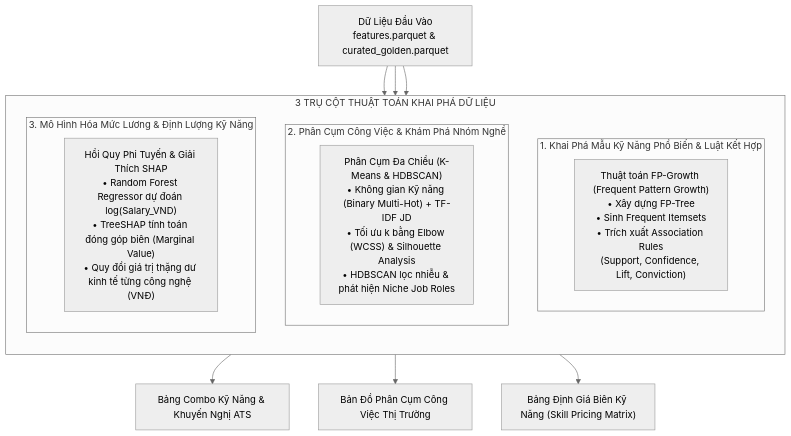
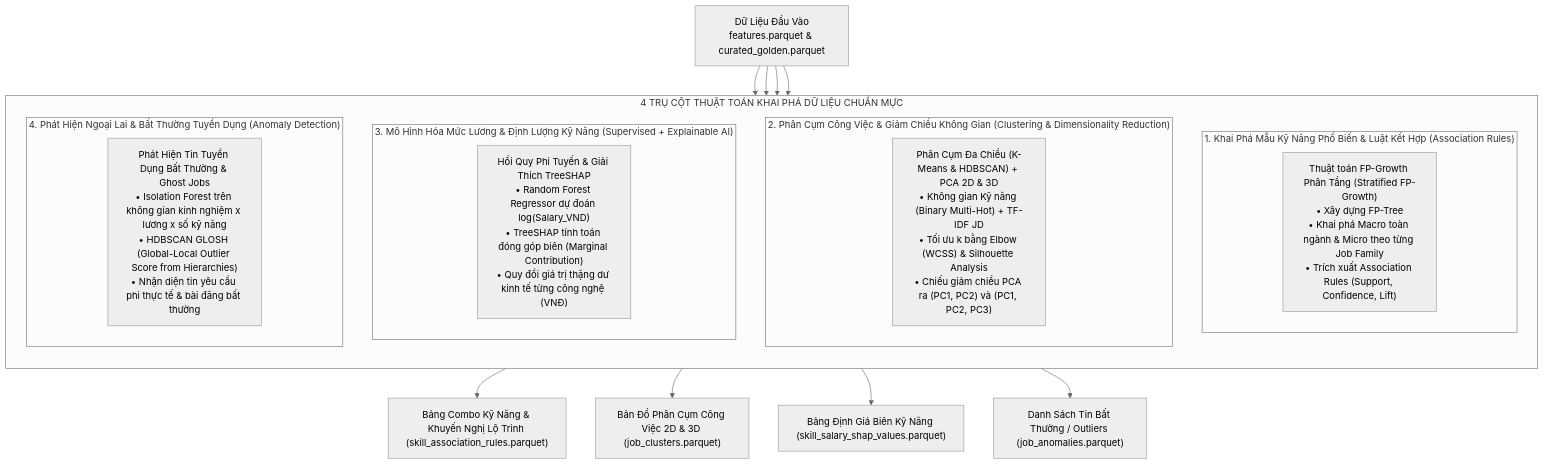
One commit to Archduker/VN-IT-Job-Mining changed the first of 2 diagrams in docs/spec/07_mining_spec.md. Above: the diagram before and after it, drawn with Mermaid (neutral theme). The commit also changed other lines of this file and 9 other files, not shown here.

````diff
--- a/docs/spec/07_mining_spec.md
+++ b/docs/spec/07_mining_spec.md
@@ -16,26 +16,32 @@
 ```mermaid
 flowchart TD
     InFeatures["Dữ Liệu Đầu Vào\nfeatures.parquet & curated_golden.parquet"] --> Engine1
     InFeatures --> Engine2
     InFeatures --> Engine3
+    InFeatures --> Engine4
 
-    subgraph MiningEngines["3 TRỤ CỘT THUẬT TOÁN KHAI PHÁ DỮ LIỆU"]
+    subgraph MiningEngines["4 TRỤ CỘT THUẬT TOÁN KHAI PHÁ DỮ LIỆU CHUẨN MỰC"]
         direction TB
         
-        subgraph Engine1["1. Khai Phá Mẫu Kỹ Năng Phổ Biến & Luật Kết Hợp"]
-            FP["Thuật toán FP-Growth (Frequent Pattern Growth)\n• Xây dựng FP-Tree\n• Sinh Frequent Itemsets\n• Trích xuất Association Rules\n(Support, Confidence, Lift, Conviction)"]
+        subgraph Engine1["1. Khai Phá Mẫu Kỹ Năng Phổ Biến & Luật Kết Hợp (Association Rules)"]
+            FP["Thuật toán FP-Growth Phân Tầng (Stratified FP-Growth)\n• Xây dựng FP-Tree\n• Khai phá Macro toàn ngành & Micro theo từng Job Family\n• Trích xuất Association Rules (Support, Confidence, Lift)"]
         end
 
-        subgraph Engine2["2. Phân Cụm Công Việc & Khám Phá Nhóm Nghề"]
-            CL["Phân Cụm Đa Chiều (K-Means & HDBSCAN)\n• Không gian Kỹ năng (Binary Multi-Hot) + TF-IDF JD\n• Tối ưu k bằng Elbow (WCSS) & Silhouette Analysis\n• HDBSCAN lọc nhiễu & phát hiện Niche Job Roles"]
+        subgraph Engine2["2. Phân Cụm Công Việc & Giảm Chiều Không Gian (Clustering & Dimensionality Reduction)"]
+            CL["Phân Cụm Đa Chiều (K-Means & HDBSCAN) + PCA 2D & 3D\n• Không gian Kỹ năng (Binary Multi-Hot) + TF-IDF JD\n• Tối ưu k bằng Elbow (WCSS) & Silhouette Analysis\n• Chiếu giảm chiều PCA ra (PC1, PC2) và (PC1, PC2, PC3)"]
         end
 
-        subgraph Engine3["3. Mô Hình Hóa Mức Lương & Định Lượng Kỹ Năng"]
-            RF["Hồi Quy Phi Tuyến & Giải Thích SHAP\n• Random Forest Regressor dự đoán log(Salary_VND)\n• TreeSHAP tính toán đóng góp biên (Marginal Value)\n• Quy đổi giá trị thặng dư kinh tế từng công nghệ (VNĐ)"]
+        subgraph Engine3["3. Mô Hình Hóa Mức Lương & Định Lượng Kỹ Năng (Supervised + Explainable AI)"]
+            RF["Hồi Quy Phi Tuyến & Giải Thích TreeSHAP\n• Random Forest Regressor dự đoán log(Salary_VND)\n• TreeSHAP tính toán đóng góp biên (Marginal Contribution)\n• Quy đổi giá trị thặng dư kinh tế từng công nghệ (VNĐ)"]
+        end
+
+        subgraph Engine4["4. Phát Hiện Ngoại Lai & Bất Thường Tuyển Dụng (Anomaly Detection)"]
+            AD["Phát Hiện Tin Tuyển Dụng Bất Thường & Ghost Jobs\n• Isolation Forest trên không gian kinh nghiệm x lương x số kỹ năng\n• HDBSCAN GLOSH (Global-Local Outlier Score from Hierarchies)\n• Nhận diện tin yêu cầu phi thực tế & bài đăng bất thường"]
         end
     end
 
-    Engine1 --> Out1["Bảng Combo Kỹ Năng & Khuyến Nghị ATS"]
-    Engine2 --> Out2["Bản Đồ Phân Cụm Công Việc Thị Trường"]
-    Engine3 --> Out3["Bảng Định Giá Biên Kỹ Năng (Skill Pricing Matrix)"]
+    Engine1 --> Out1["Bảng Combo Kỹ Năng & Khuyến Nghị Lộ Trình (skill_association_rules.parquet)"]
+    Engine2 --> Out2["Bản Đồ Phân Cụm Công Việc 2D & 3D (job_clusters.parquet)"]
+    Engine3 --> Out3["Bảng Định Giá Biên Kỹ Năng (skill_salary_shap_values.parquet)"]
+    Engine4 --> Out4["Danh Sách Tin Bất Thường / Outliers (job_anomalies.parquet)"]
 ```
````
